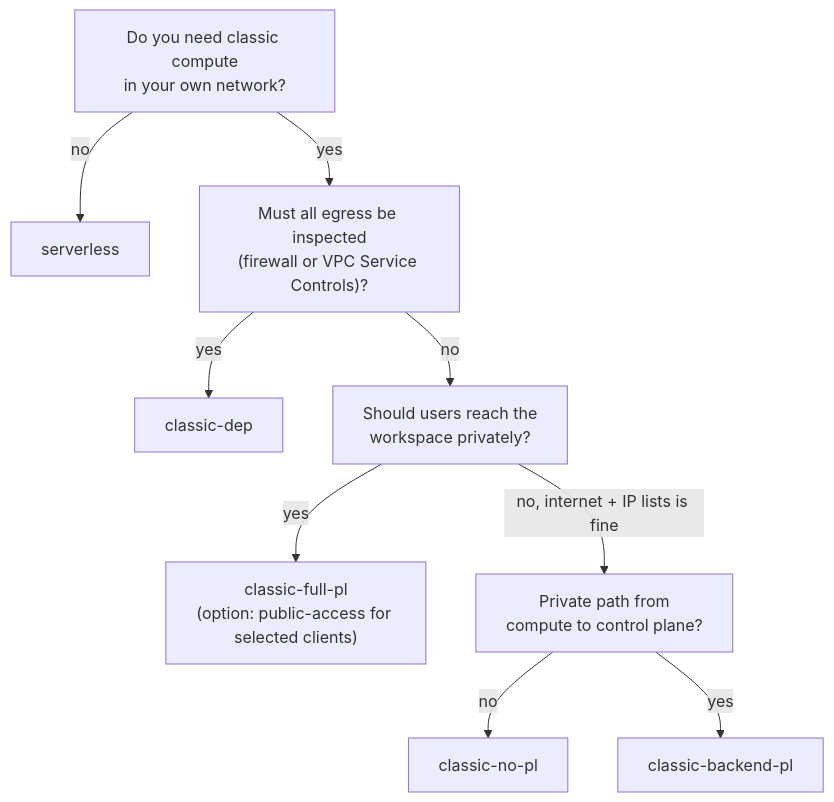
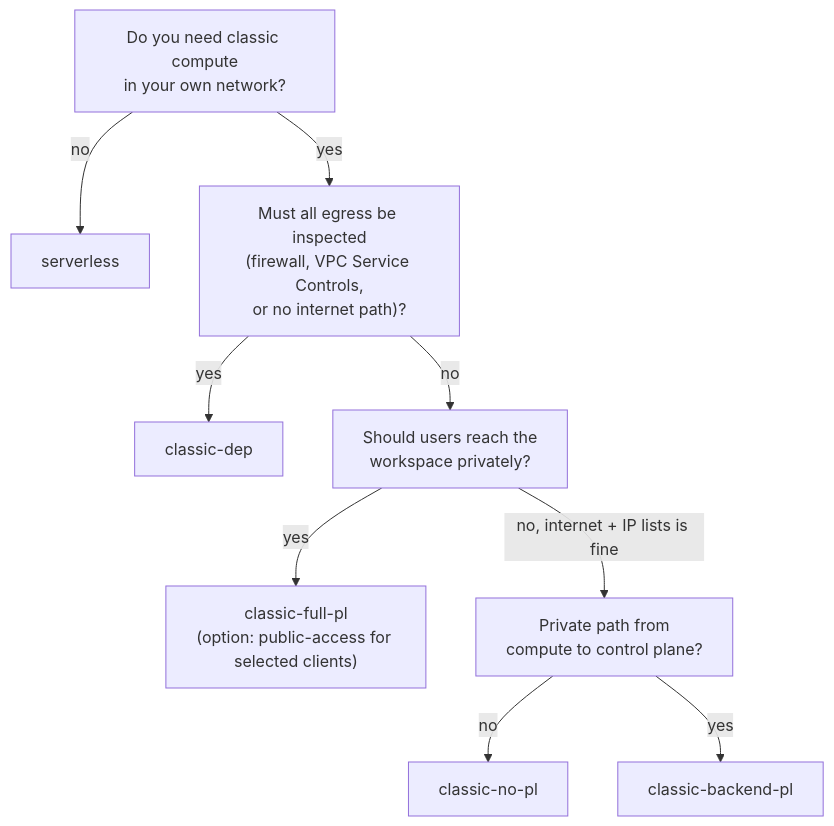
One commit to bhavink/databricks changed the third of 6 diagrams in well-architected-agent/GUIDE.md. Above: the diagram before and after it, drawn with Mermaid. The commit also changed other lines of this file and 9 other files, not shown here.

````diff
--- a/well-architected-agent/GUIDE.md
+++ b/well-architected-agent/GUIDE.md
@@ -130,11 +130,11 @@
 ```mermaid
 flowchart TD
   Q1["Do you need classic compute<br/>in your own network?"] -->|"no"| SL["serverless"]
-  Q1 -->|"yes"| Q4["Must all egress be inspected<br/>(firewall or VPC Service Controls)?"]
+  Q1 -->|"yes"| Q4["Must all egress be inspected<br/>(firewall, VPC Service Controls,<br/>or no internet path)?"]
   Q4 -->|"yes"| DEP["classic-dep"]
   Q4 -->|"no"| Q2["Should users reach the<br/>workspace privately?"]
   Q2 -->|"yes"| FP["classic-full-pl<br/>(option: public-access for selected clients)"]
   Q2 -->|"no, internet + IP lists is fine"| Q3["Private path from<br/>compute to control plane?"]
   Q3 -->|"no"| NOPL["classic-no-pl"]
   Q3 -->|"yes"| BPL["classic-backend-pl"]
 ```
````
